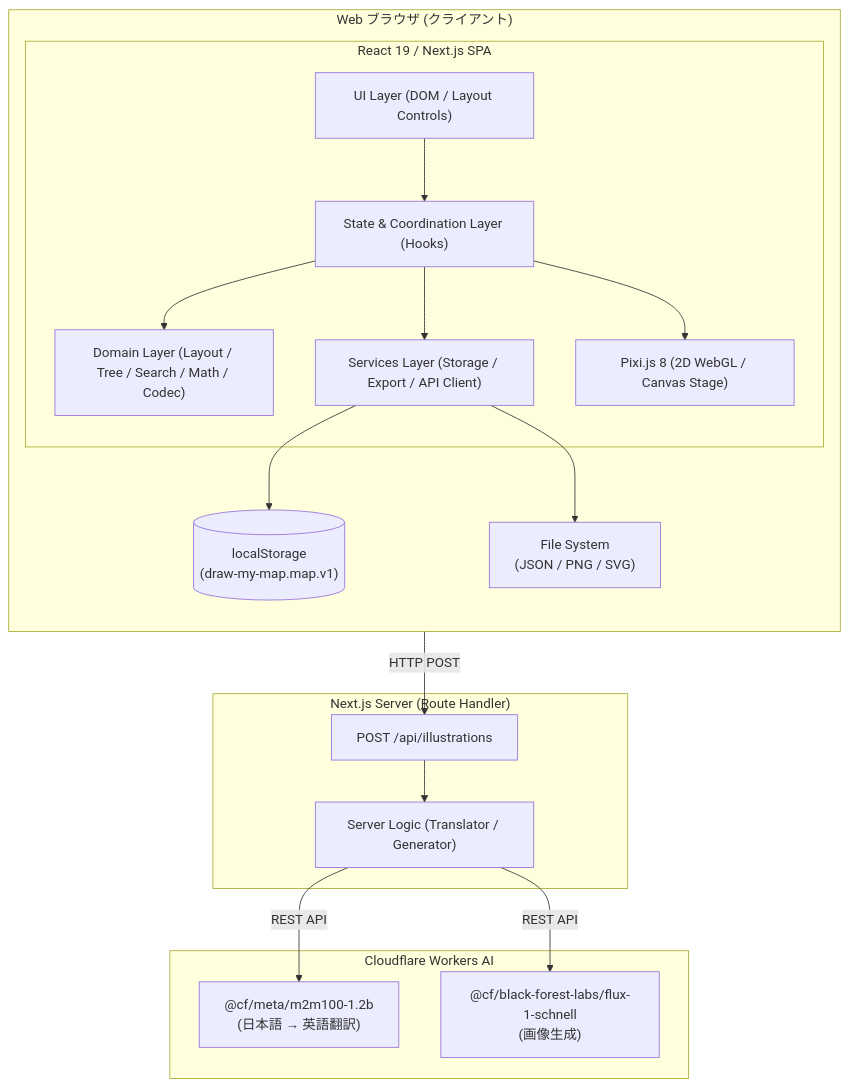
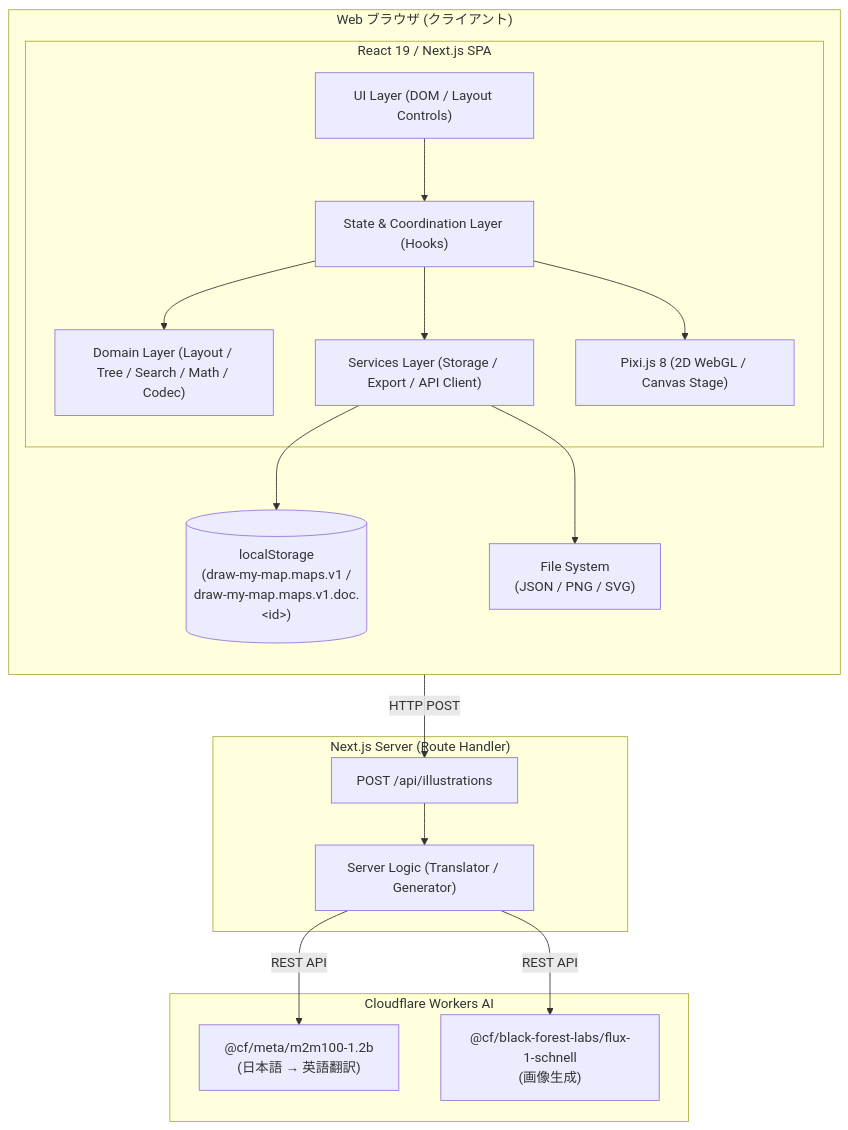
One commit to poteto317/draw-my-map changed the first of 7 diagrams in docs/architecture/overview.md. Above: the diagram before and after it, drawn with Mermaid. The commit also changed other lines of this file and 9 other files, not shown here.

````diff
--- a/docs/architecture/overview.md
+++ b/docs/architecture/overview.md
@@ -16,37 +16,37 @@
 ```mermaid
 graph TD
     subgraph Browser ["Web ブラウザ (クライアント)"]
         direction TB
         subgraph ReactApp ["React 19 / Next.js SPA"]
             UI["UI Layer (DOM / Layout Controls)"]
             State["State & Coordination Layer (Hooks)"]
             Services["Services Layer (Storage / Export / API Client)"]
             Domain["Domain Layer (Layout / Tree / Search / Math / Codec)"]
             PixiApp["Pixi.js 8 (2D WebGL / Canvas Stage)"]
         end
-        LocalStorage[("localStorage<br/>(draw-my-map.map.v1)")]
+        LocalStorage[("localStorage<br/>(draw-my-map.maps.v1 /<br/>draw-my-map.maps.v1.doc.&lt;id&gt;)")]
         FileIO["File System<br/>(JSON / PNG / SVG)"]
     end
 
     subgraph Server ["Next.js Server (Route Handler)"]
         RouteHandler["POST /api/illustrations"]
         ServerDomain["Server Logic (Translator / Generator)"]
     end
 
     subgraph Cloudflare ["Cloudflare Workers AI"]
         TranslationModel["@cf/meta/m2m100-1.2b<br/>(日本語 → 英語翻訳)"]
         ImageModel["@cf/black-forest-labs/flux-1-schnell<br/>(画像生成)"]
     end
 
     UI --> State
     State --> Domain
     State --> Services
     State --> PixiApp
     Services --> LocalStorage
     Services --> FileIO
     Services -->|HTTP POST| RouteHandler
 
     RouteHandler --> ServerDomain
     ServerDomain -->|REST API| TranslationModel
     ServerDomain -->|REST API| ImageModel
 ```
````
